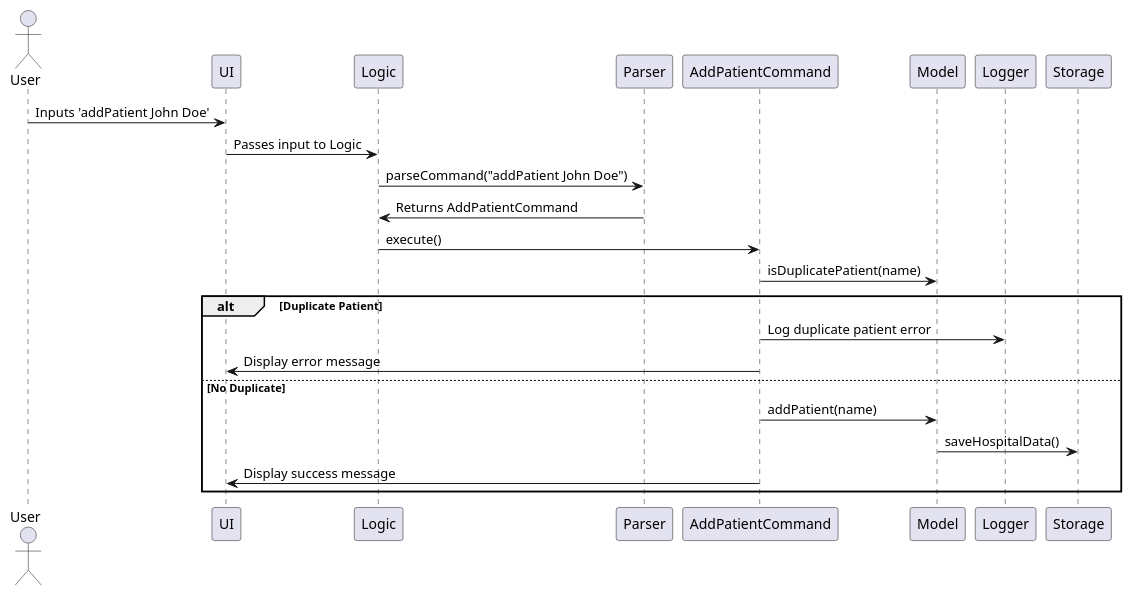
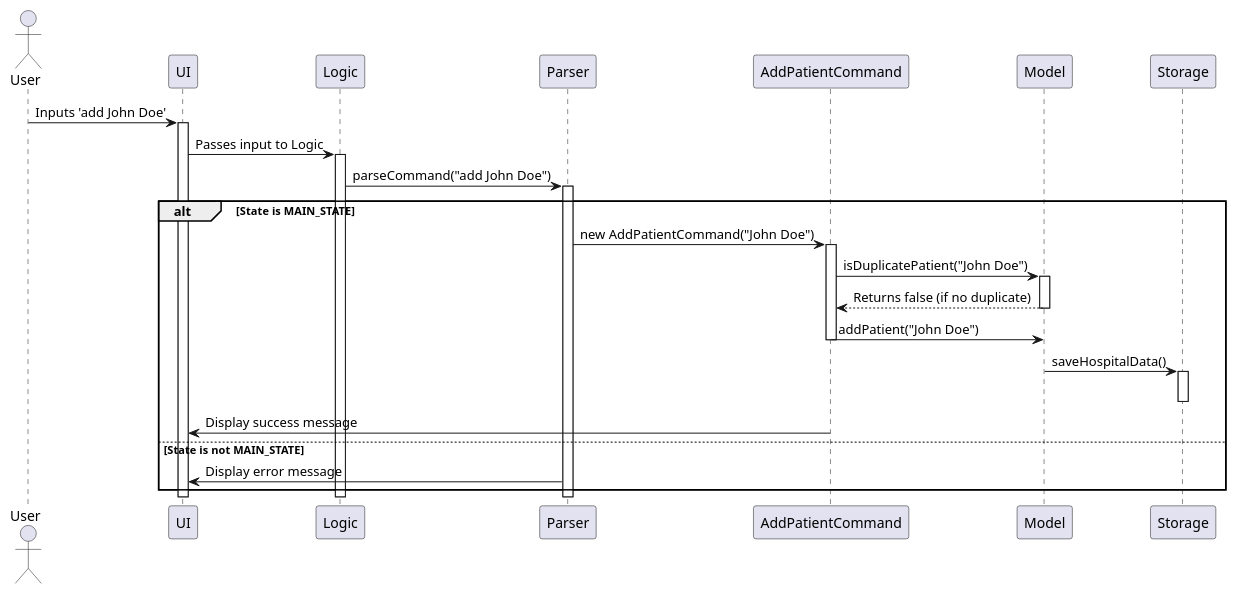
Before and after one commit to nus-cs2113-AY2425S1/tp: the diagram in docs/diagrams/AddPatientSequenceDiagram.puml, drawn with PlantUML. The commit also changed 1 other file, not shown here.

Commit message:
Add activation bars to AddPatientCommand sequence diagram
Changes made:
* Updated AddPatientCommand sequence diagram to include activation
  bars, improving accuracy and readability.
* Replaced the old diagram with the updated version (docs/images/
  AddPatientSequenceDiagram.png).

These changes provide a clearer representation of the method calls
and lifetimes involved in the AddPatientCommand sequence, ensuring
better understanding for developers.

```diff
--- a/docs/diagrams/AddPatientSequenceDiagram.puml
+++ b/docs/diagrams/AddPatientSequenceDiagram.puml
@@ -1,17 +1,35 @@
 @startuml
 actor User
-User -> UI : Inputs 'addPatient John Doe'
+User -> UI : Inputs 'add John Doe'
+activate UI
+
 UI -> Logic : Passes input to Logic
-Logic -> Parser : parseCommand("addPatient John Doe")
-Parser -> Logic : Returns AddPatientCommand
-Logic -> AddPatientCommand : execute()
-AddPatientCommand -> Model : isDuplicatePatient(name)
-alt Duplicate Patient
-    AddPatientCommand -> Logger : Log duplicate patient error
-    AddPatientCommand -> UI : Display error message
-else No Duplicate
-    AddPatientCommand -> Model : addPatient(name)
+activate Logic
+
+Logic -> Parser : parseCommand("add John Doe")
+activate Parser
+
+alt State is MAIN_STATE
+    Parser -> AddPatientCommand : new AddPatientCommand("John Doe")
+    activate AddPatientCommand
+
+    AddPatientCommand -> Model : isDuplicatePatient("John Doe")
+    activate Model
+    Model --> AddPatientCommand : Returns false (if no duplicate)
+    deactivate Model
+
+    AddPatientCommand -> Model : addPatient("John Doe")
+    deactivate AddPatientCommand
     Model -> Storage : saveHospitalData()
+    activate Storage
+    deactivate Storage
+
     AddPatientCommand -> UI : Display success message
+else State is not MAIN_STATE
+    Parser -> UI : Display error message
 end
+
+deactivate Parser
+deactivate Logic
+deactivate UI
 @enduml
```
